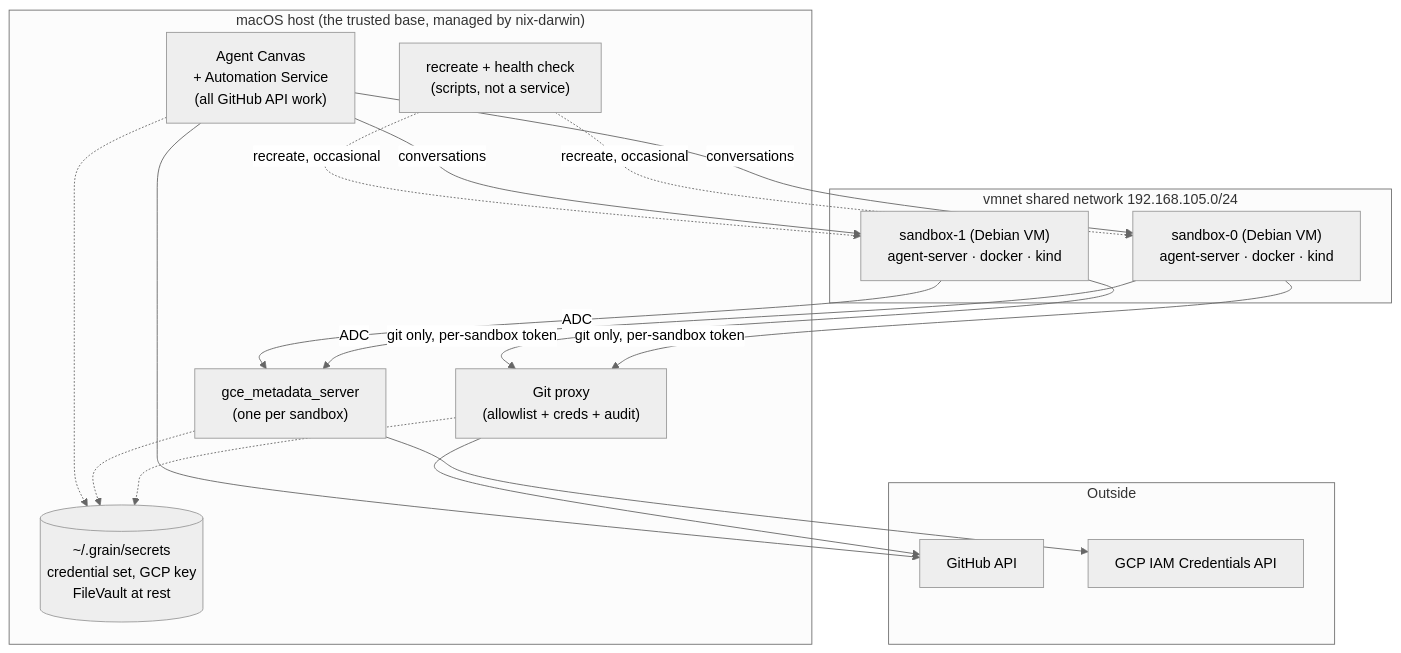
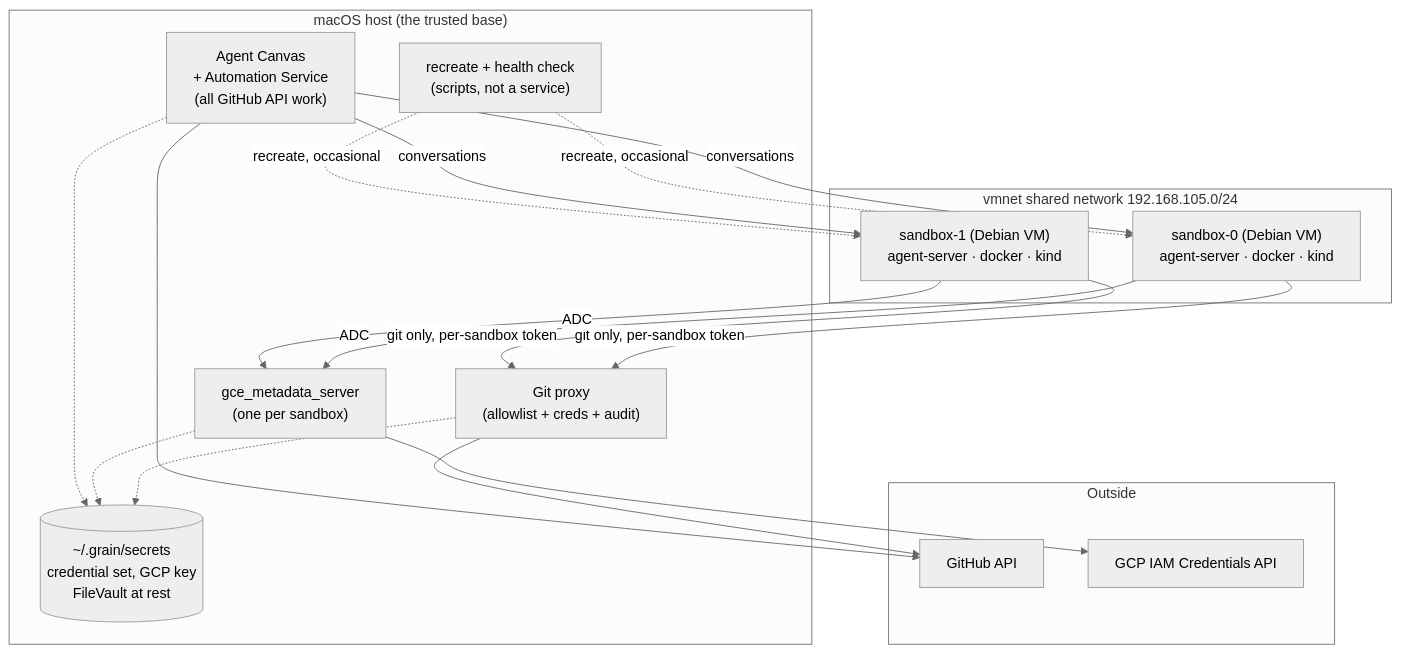
Before and after one commit to bwsalmon/grain: the diagram in docs/design.md, drawn with Mermaid (neutral theme). The commit also changed other lines of this file, not shown here.

````diff
--- a/docs/design.md
+++ b/docs/design.md
@@ -77,37 +77,37 @@
 ```mermaid
 flowchart TB
     subgraph outside["Outside"]
         gh["GitHub API"]
         gcp["GCP IAM Credentials API"]
     end
 
-    subgraph mac["macOS host (the trusted base, managed by nix-darwin)"]
+    subgraph mac["macOS host (the trusted base)"]
         canvas["Agent Canvas<br/>+ Automation Service<br/>(all GitHub API work)"]
         scripts["recreate + health check<br/>(scripts, not a service)"]
         proxy["Git proxy<br/>(allowlist + creds + audit)"]
         mds["gce_metadata_server<br/>(one per sandbox)"]
         secrets[("~/.grain/secrets<br/>credential set, GCP key<br/>FileVault at rest")]
     end
 
     subgraph vmnet["vmnet shared network 192.168.105.0/24"]
         sb0["sandbox-0 (Debian VM)<br/>agent-server · docker · kind"]
         sb1["sandbox-1 (Debian VM)<br/>agent-server · docker · kind"]
     end
 
     canvas -->|"conversations"| sb0
     canvas -->|"conversations"| sb1
     scripts -.->|"recreate, occasional"| sb0
     scripts -.->|"recreate, occasional"| sb1
 
     sb0 -->|"git only, per-sandbox token"| proxy
     sb1 -->|"git only, per-sandbox token"| proxy
     sb0 -->|"ADC"| mds
     sb1 -->|"ADC"| mds
 
     proxy --> gh
     canvas --> gh
     mds --> gcp
     proxy -.-> secrets
     mds -.-> secrets
     canvas -.-> secrets
 ```
````
